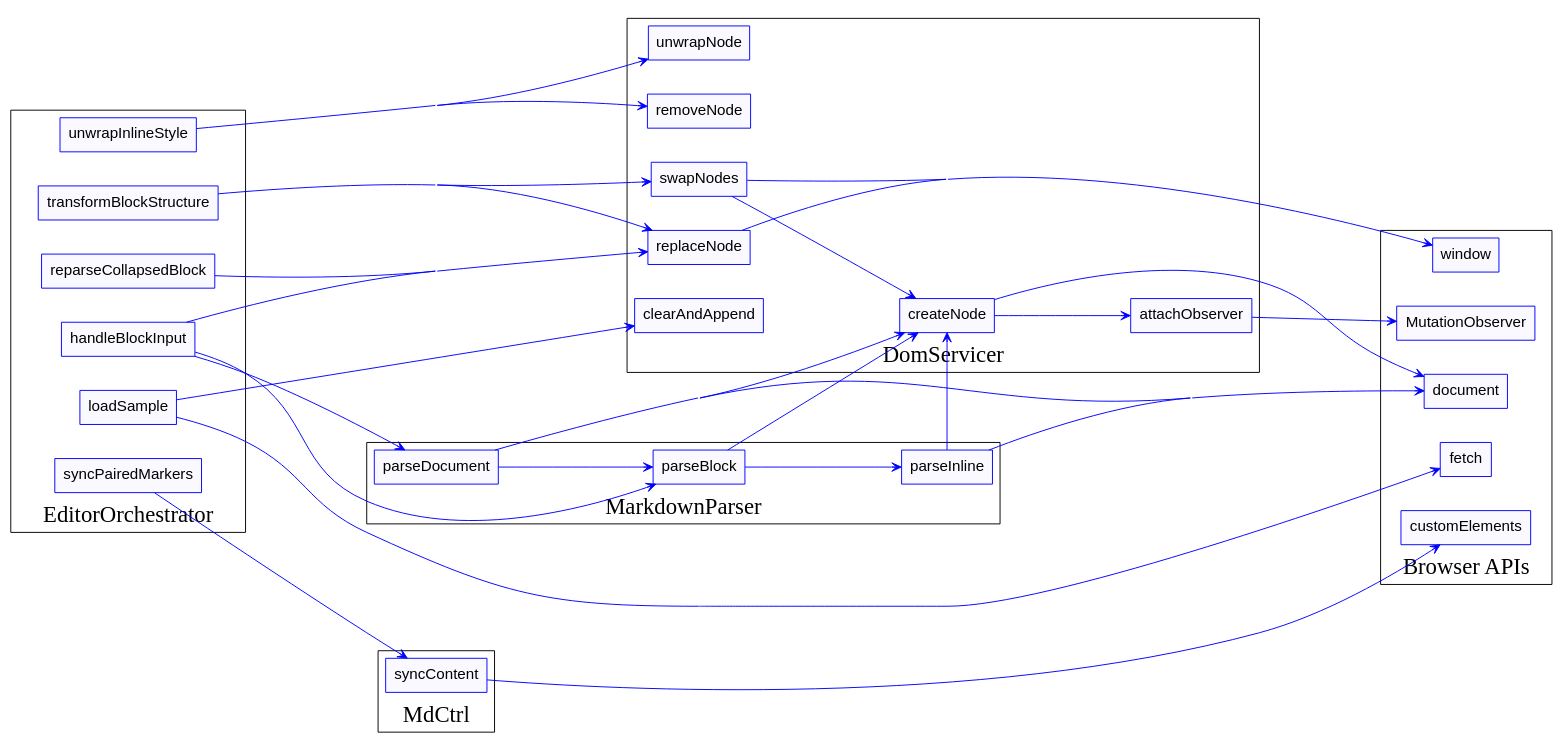
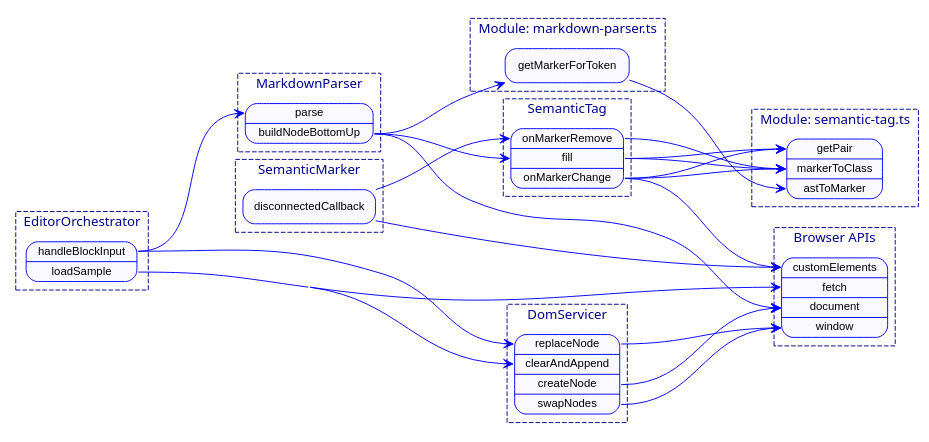
One commit to invisement/markdown-presentation changed the diagram in reports/logic-graph.dot. Above: the diagram before and after it, drawn with Graphviz. The commit also changed 6 other files, not shown here.

Commit message:
refactor: centralize validation in SemanticMarker and simplify Orchestrator triggers

```diff
--- a/reports/logic-graph.dot
+++ b/reports/logic-graph.dot
@@ -1,68 +1,58 @@
 digraph logic {
-  graph [fontsize=24; rankdir="LR"; labelloc="b"; concentrate=true; overlap=false; splines=true; color=black; nodesep=0.5; ranksep=2;];
-  node [shape=box, fontsize=16, color=blue, fontname="Arial", style=filled, fillcolor="#f9f9ff"];
+  graph [fontname="system-ui"; fontcolor=darkblue; fontsize=14; style="dashed" rankdir="LR"; concentrate=true; overlap=false; splines=true; color=darkblue; ranksep=1.5;];
+  node [fontname="sans-serif"; shape=Mrecord, fontsize=12, color=blue, style=filled, fillcolor="#f9f9ff"];
   edge [fontsize=12, color=blue, arrowhead=vee];
 
+  subgraph "cluster_SemanticMarker" {
+    label = "SemanticMarker";
+    "semantic-marker.ts:SemanticMarker" [label="<disconnectedCallback> disconnectedCallback", URL="semantic-marker.ts", tooltip="semantic-marker.ts"];
+  }
+  subgraph "cluster_SemanticTag" {
+    label = "SemanticTag";
+    "semantic-tag.ts:SemanticTag" [label="<onMarkerRemove> onMarkerRemove | <fill> fill | <onMarkerChange> onMarkerChange", URL="semantic-tag.ts", tooltip="semantic-tag.ts"];
+  }
   subgraph "cluster_EditorOrchestrator" {
     label = "EditorOrchestrator";
-    "editor-orchestrator.ts:EditorOrchestrator:syncPairedMarkers" [label="syncPairedMarkers", URL="editor-orchestrator.ts", tooltip="editor-orchestrator.ts"];
-    "editor-orchestrator.ts:EditorOrchestrator:transformBlockStructure" [label="transformBlockStructure", URL="editor-orchestrator.ts", tooltip="editor-orchestrator.ts"];
-    "editor-orchestrator.ts:EditorOrchestrator:reparseCollapsedBlock" [label="reparseCollapsedBlock", URL="editor-orchestrator.ts", tooltip="editor-orchestrator.ts"];
-    "editor-orchestrator.ts:EditorOrchestrator:unwrapInlineStyle" [label="unwrapInlineStyle", URL="editor-orchestrator.ts", tooltip="editor-orchestrator.ts"];
-    "editor-orchestrator.ts:EditorOrchestrator:handleBlockInput" [label="handleBlockInput", URL="editor-orchestrator.ts", tooltip="editor-orchestrator.ts"];
-    "editor-orchestrator.ts:EditorOrchestrator:loadSample" [label="loadSample", URL="editor-orchestrator.ts", tooltip="editor-orchestrator.ts"];
+    "editor-orchestrator.ts:EditorOrchestrator" [label="<handleBlockInput> handleBlockInput | <loadSample> loadSample", URL="editor-orchestrator.ts", tooltip="editor-orchestrator.ts"];
   }
-  subgraph "cluster_MdCtrl" {
-    label = "MdCtrl";
-    "dom-servicer.ts:MdCtrl:syncContent" [label="syncContent", URL="dom-servicer.ts", tooltip="dom-servicer.ts"];
+  subgraph "cluster_MarkdownParser" {
+    label = "MarkdownParser";
+    "markdown-parser.ts:MarkdownParser" [label="<parse> parse | <buildNodeBottomUp> buildNodeBottomUp", URL="markdown-parser.ts", tooltip="markdown-parser.ts"];
   }
   subgraph "cluster_DomServicer" {
     label = "DomServicer";
-    "dom-servicer.ts:DomServicer:replaceNode" [label="replaceNode", URL="dom-servicer.ts", tooltip="dom-servicer.ts"];
-    "dom-servicer.ts:DomServicer:swapNodes" [label="swapNodes", URL="dom-servicer.ts", tooltip="dom-servicer.ts"];
-    "dom-servicer.ts:DomServicer:removeNode" [label="removeNode", URL="dom-servicer.ts", tooltip="dom-servicer.ts"];
-    "dom-servicer.ts:DomServicer:unwrapNode" [label="unwrapNode", URL="dom-servicer.ts", tooltip="dom-servicer.ts"];
-    "dom-servicer.ts:DomServicer:clearAndAppend" [label="clearAndAppend", URL="dom-servicer.ts", tooltip="dom-servicer.ts"];
-    "dom-servicer.ts:DomServicer:createNode" [label="createNode", URL="dom-servicer.ts", tooltip="dom-servicer.ts"];
-    "dom-servicer.ts:DomServicer:attachObserver" [label="attachObserver", URL="dom-servicer.ts", tooltip="dom-servicer.ts"];
+    "dom-servicer.ts:DomServicer" [label="<replaceNode> replaceNode | <clearAndAppend> clearAndAppend | <createNode> createNode | <swapNodes> swapNodes", URL="dom-servicer.ts", tooltip="dom-servicer.ts"];
   }
-  subgraph "cluster_MarkdownParser" {
-    label = "MarkdownParser";
-    "markdown-parser.ts:MarkdownParser:parseDocument" [label="parseDocument", URL="markdown-parser.ts", tooltip="markdown-parser.ts"];
-    "markdown-parser.ts:MarkdownParser:parseBlock" [label="parseBlock", URL="markdown-parser.ts", tooltip="markdown-parser.ts"];
-    "markdown-parser.ts:MarkdownParser:parseInline" [label="parseInline", URL="markdown-parser.ts", tooltip="markdown-parser.ts"];
+  subgraph "cluster_semantic_tag_ts_Module" {
+    label = "Module: semantic-tag.ts";
+    "semantic-tag.ts:semantic-tag.ts:Module" [label="<getPair> getPair | <markerToClass> markerToClass | <astToMarker> astToMarker", URL="semantic-tag.ts", tooltip="semantic-tag.ts"];
+  }
+  subgraph "cluster_markdown_parser_ts_Module" {
+    label = "Module: markdown-parser.ts";
+    "markdown-parser.ts:markdown-parser.ts:Module" [label="<getMarkerForToken> getMarkerForToken", URL="markdown-parser.ts", tooltip="markdown-parser.ts"];
   }
   subgraph cluster_browser {
     label = "Browser APIs";
-    "Browser:fetch" [label="fetch"];
-    "Browser:customElements" [label="customElements"];
-    "Browser:document" [label="document"];
-    "Browser:MutationObserver" [label="MutationObserver"];
-    "Browser:window" [label="window"];
+    "Browser" [label="<customElements> customElements | <fetch> fetch | <document> document | <window> window"];
   }
-  "dom-servicer.ts:DomServicer:attachObserver" -> "Browser:MutationObserver";
-  "dom-servicer.ts:DomServicer:createNode" -> "Browser:document";
-  "dom-servicer.ts:DomServicer:createNode" -> "dom-servicer.ts:DomServicer:attachObserver";
-  "dom-servicer.ts:DomServicer:replaceNode" -> "Browser:window";
-  "dom-servicer.ts:DomServicer:swapNodes" -> "Browser:window";
-  "dom-servicer.ts:DomServicer:swapNodes" -> "dom-servicer.ts:DomServicer:createNode";
-  "dom-servicer.ts:MdCtrl:syncContent" -> "Browser:customElements";
-  "editor-orchestrator.ts:EditorOrchestrator:handleBlockInput" -> "dom-servicer.ts:DomServicer:replaceNode";
-  "editor-orchestrator.ts:EditorOrchestrator:handleBlockInput" -> "markdown-parser.ts:MarkdownParser:parseBlock";
-  "editor-orchestrator.ts:EditorOrchestrator:handleBlockInput" -> "markdown-parser.ts:MarkdownParser:parseDocument";
-  "editor-orchestrator.ts:EditorOrchestrator:loadSample" -> "Browser:fetch";
-  "editor-orchestrator.ts:EditorOrchestrator:loadSample" -> "dom-servicer.ts:DomServicer:clearAndAppend";
-  "editor-orchestrator.ts:EditorOrchestrator:reparseCollapsedBlock" -> "dom-servicer.ts:DomServicer:replaceNode";
-  "editor-orchestrator.ts:EditorOrchestrator:syncPairedMarkers" -> "dom-servicer.ts:MdCtrl:syncContent";
-  "editor-orchestrator.ts:EditorOrchestrator:transformBlockStructure" -> "dom-servicer.ts:DomServicer:replaceNode";
-  "editor-orchestrator.ts:EditorOrchestrator:transformBlockStructure" -> "dom-servicer.ts:DomServicer:swapNodes";
-  "editor-orchestrator.ts:EditorOrchestrator:unwrapInlineStyle" -> "dom-servicer.ts:DomServicer:removeNode";
-  "editor-orchestrator.ts:EditorOrchestrator:unwrapInlineStyle" -> "dom-servicer.ts:DomServicer:unwrapNode";
-  "markdown-parser.ts:MarkdownParser:parseBlock" -> "dom-servicer.ts:DomServicer:createNode";
-  "markdown-parser.ts:MarkdownParser:parseBlock" -> "markdown-parser.ts:MarkdownParser:parseInline";
-  "markdown-parser.ts:MarkdownParser:parseDocument" -> "Browser:document";
-  "markdown-parser.ts:MarkdownParser:parseDocument" -> "dom-servicer.ts:DomServicer:createNode";
-  "markdown-parser.ts:MarkdownParser:parseDocument" -> "markdown-parser.ts:MarkdownParser:parseBlock";
-  "markdown-parser.ts:MarkdownParser:parseInline" -> "Browser:document";
-  "markdown-parser.ts:MarkdownParser:parseInline" -> "dom-servicer.ts:DomServicer:createNode";
+  "dom-servicer.ts:DomServicer":"createNode" -> "Browser":"document";
+  "dom-servicer.ts:DomServicer":"replaceNode" -> "Browser":"window";
+  "dom-servicer.ts:DomServicer":"swapNodes" -> "Browser":"window";
+  "editor-orchestrator.ts:EditorOrchestrator":"handleBlockInput" -> "dom-servicer.ts:DomServicer":"replaceNode";
+  "editor-orchestrator.ts:EditorOrchestrator":"handleBlockInput" -> "markdown-parser.ts:MarkdownParser":"parse";
+  "editor-orchestrator.ts:EditorOrchestrator":"loadSample" -> "Browser":"fetch";
+  "editor-orchestrator.ts:EditorOrchestrator":"loadSample" -> "dom-servicer.ts:DomServicer":"clearAndAppend";
+  "markdown-parser.ts:MarkdownParser":"buildNodeBottomUp" -> "Browser":"document";
+  "markdown-parser.ts:MarkdownParser":"buildNodeBottomUp" -> "markdown-parser.ts:markdown-parser.ts:Module":"getMarkerForToken";
+  "markdown-parser.ts:MarkdownParser":"buildNodeBottomUp" -> "semantic-tag.ts:SemanticTag":"fill";
+  "markdown-parser.ts:MarkdownParser":"parse" -> "Browser":"document";
+  "markdown-parser.ts:markdown-parser.ts:Module":"getMarkerForToken" -> "semantic-tag.ts:semantic-tag.ts:Module":"astToMarker";
+  "semantic-marker.ts:SemanticMarker":"disconnectedCallback" -> "Browser":"customElements";
+  "semantic-marker.ts:SemanticMarker":"disconnectedCallback" -> "semantic-tag.ts:SemanticTag":"onMarkerRemove";
+  "semantic-tag.ts:SemanticTag":"fill" -> "semantic-tag.ts:semantic-tag.ts:Module":"getPair";
+  "semantic-tag.ts:SemanticTag":"fill" -> "semantic-tag.ts:semantic-tag.ts:Module":"markerToClass";
+  "semantic-tag.ts:SemanticTag":"onMarkerChange" -> "Browser":"customElements";
+  "semantic-tag.ts:SemanticTag":"onMarkerChange" -> "semantic-tag.ts:semantic-tag.ts:Module":"getPair";
+  "semantic-tag.ts:SemanticTag":"onMarkerChange" -> "semantic-tag.ts:semantic-tag.ts:Module":"markerToClass";
+  "semantic-tag.ts:SemanticTag":"onMarkerRemove" -> "semantic-tag.ts:semantic-tag.ts:Module":"markerToClass";
 }
```
